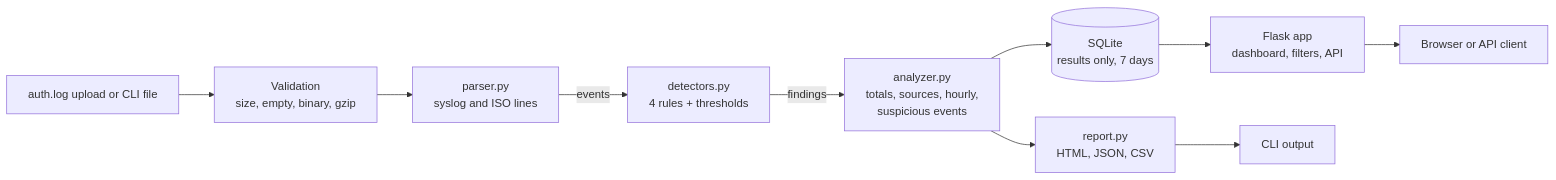
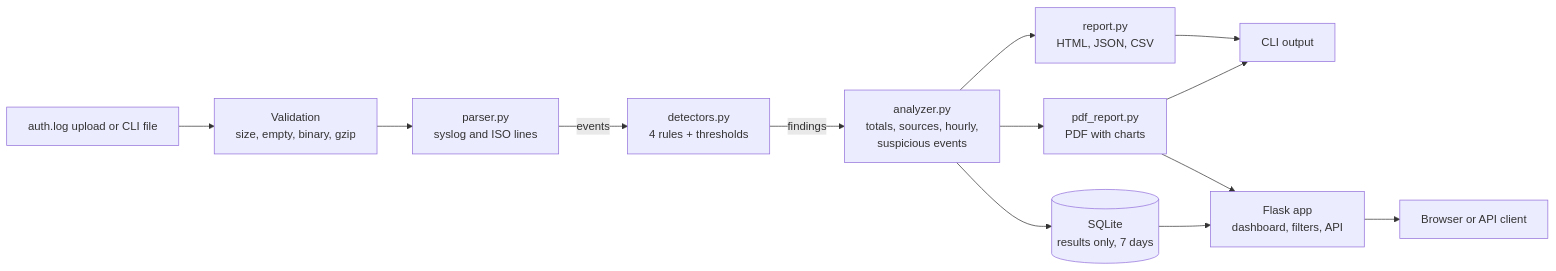
One commit to ghaadii99aa-create/seclog-sentinel changed the diagram in README.md. Above: the diagram before and after it, drawn with Mermaid. The commit also changed other lines of this file and 29 other files, not shown here.

First line of the commit message:
Professional dark navy dashboard, analytics charts, PDF report and API docs (v1.2.0)

````diff
--- a/README.md
+++ b/README.md
@@ -64,12 +72,15 @@
 ```mermaid
 flowchart LR
     A[auth.log upload or CLI file] --> V[Validation<br/>size, empty, binary, gzip]
     V --> P[parser.py<br/>syslog and ISO lines]
     P -->|events| D[detectors.py<br/>4 rules + thresholds]
     D -->|findings| N[analyzer.py<br/>totals, sources, hourly,<br/>suspicious events]
     N --> R[report.py<br/>HTML, JSON, CSV]
+    N --> F[pdf_report.py<br/>PDF with charts]
     N --> S[(SQLite<br/>results only, 7 days)]
     S --> W[Flask app<br/>dashboard, filters, API]
     R --> C[CLI output]
+    F --> C
+    F --> W
     W --> U[Browser or API client]
 ```
````
